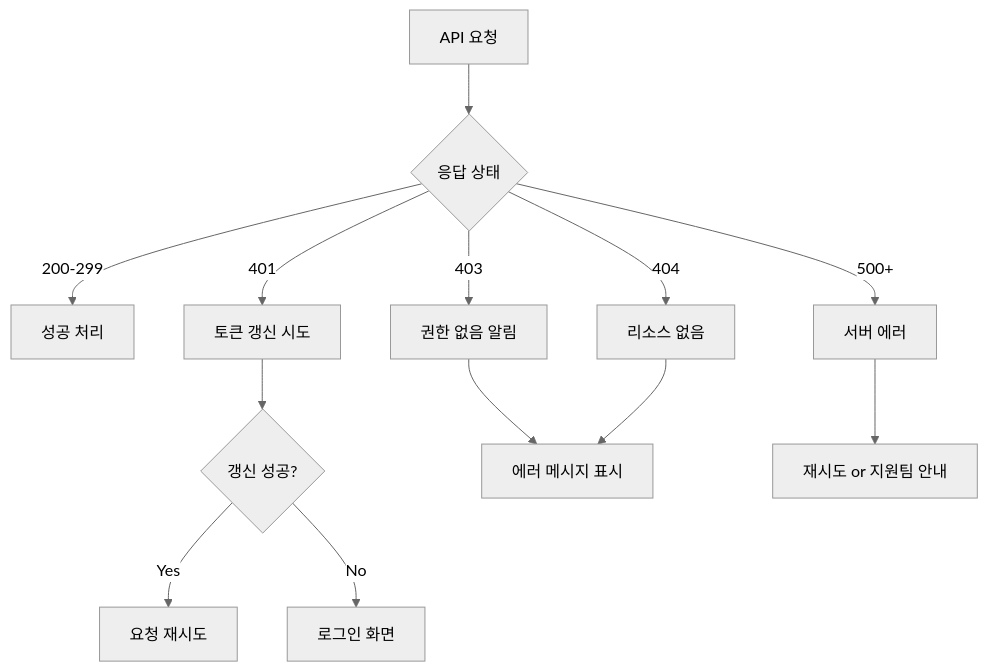
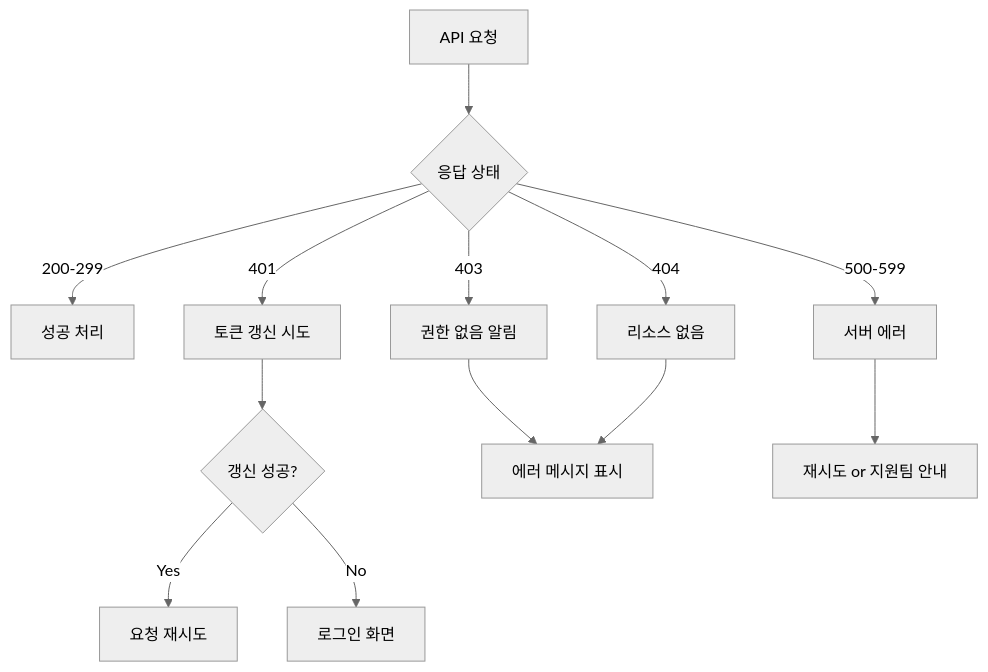
One commit to maximizest/connecto-nest changed diagram 25 of 34 in .md/flow.md. Above: the diagram before and after it, drawn with Mermaid (neutral theme). The commit also changed other lines of this file, not shown here.

Commit message:
문서 업데이트: 흐름 다이어그램에서 연결 거부 및 에러 메시지 표현을 개선하고, 서버 에러 범위를 명확히 하여 가독성을 향상시킴. Travel 벤 및 Planet 뮤트 설명을 간결하게 수정하고, 429 에러 메시지를 일관된 형식으로 변경함.

````diff
--- a/.md/flow.md
+++ b/.md/flow.md
@@ -901,18 +901,18 @@
 ```mermaid
 graph TD
     A[API 요청] --> B{응답 상태}
 
     B -->|200-299| C[성공 처리]
     B -->|401| D[토큰 갱신 시도]
     B -->|403| E[권한 없음 알림]
     B -->|404| F[리소스 없음]
-    B -->|500+| G[서버 에러]
+    B -->|500-599| G[서버 에러]
 
     D --> H{갱신 성공?}
     H -->|Yes| I[요청 재시도]
     H -->|No| J[로그인 화면]
 
     E --> K[에러 메시지 표시]
     F --> K
     G --> L[재시도 or 지원팀 안내]
 ```
````
